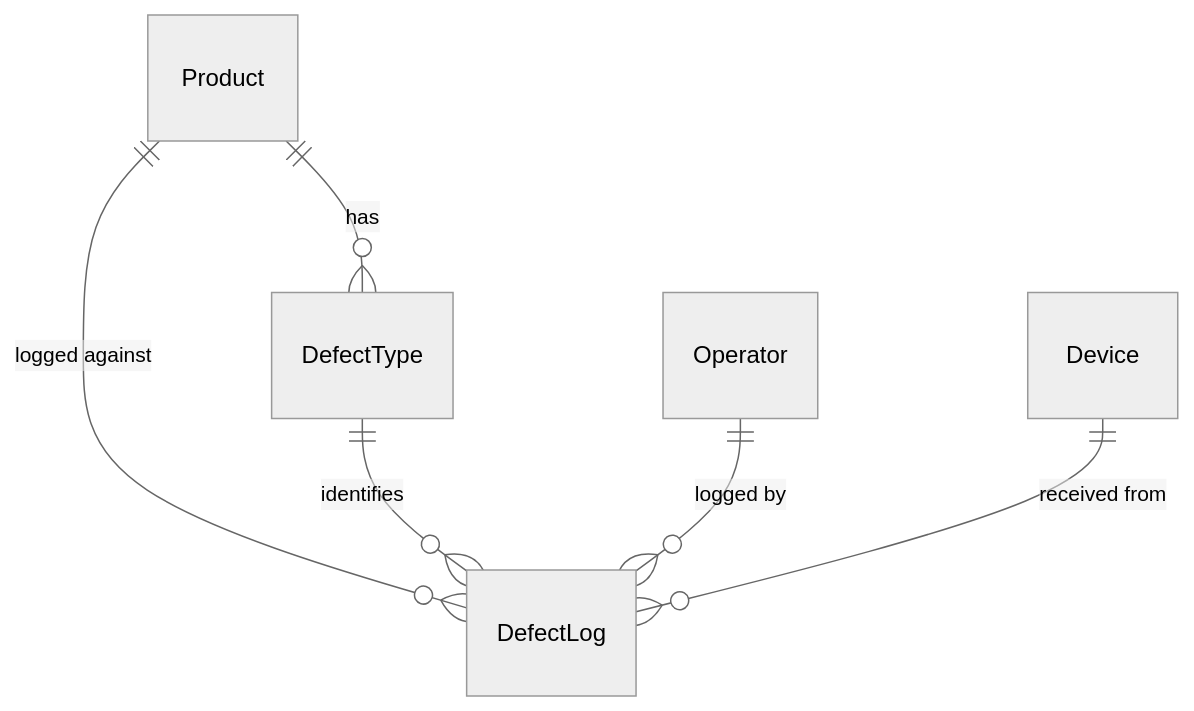
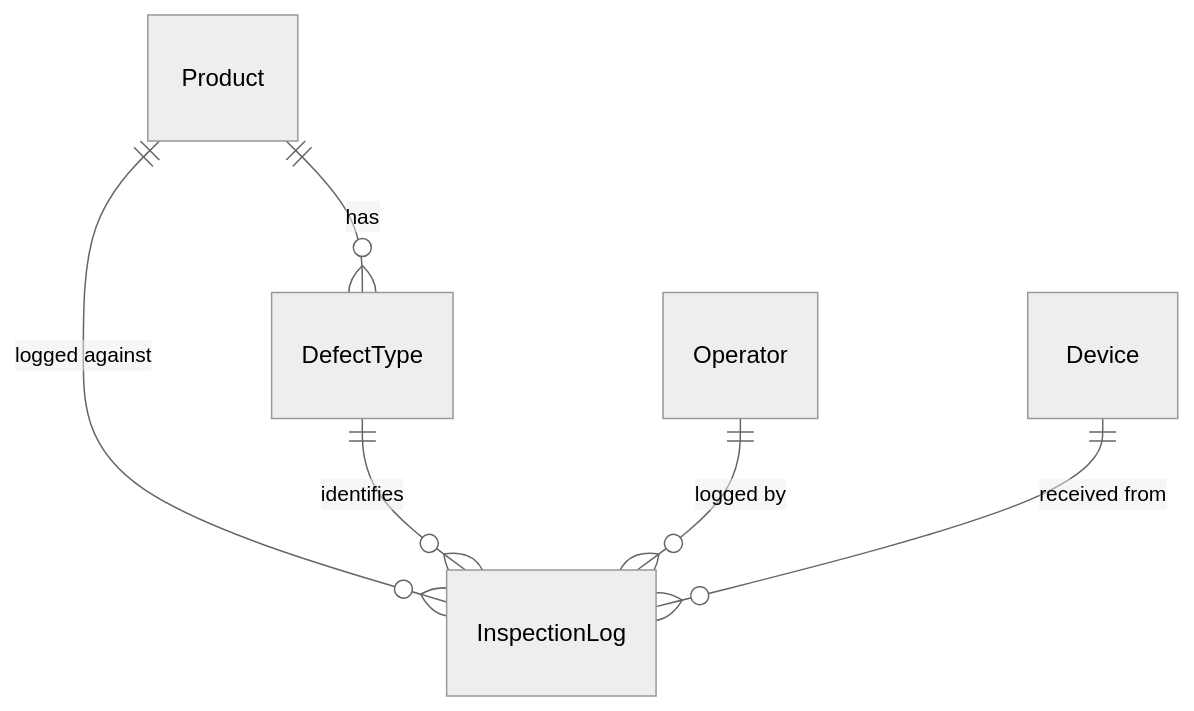
The diagram in docs/data-model.md (malekboubahri2/qc_system_pmp), drawn with Mermaid (neutral theme) before and after one commit. The commit also changed other lines of this file and 18 other files, not shown here.

````diff
--- a/docs/data-model.md
+++ b/docs/data-model.md
@@ -51,8 +51,8 @@
 ```mermaid
 erDiagram
     Product ||--o{ DefectType : "has"
-    Product ||--o{ DefectLog : "logged against"
-    DefectType ||--o{ DefectLog : "identifies"
-    Operator ||--o{ DefectLog : "logged by"
-    Device ||--o{ DefectLog : "received from"
+    Product ||--o{ InspectionLog : "logged against"
+    DefectType ||--o{ InspectionLog : "identifies"
+    Operator ||--o{ InspectionLog : "logged by"
+    Device ||--o{ InspectionLog : "received from"
 ```
````
